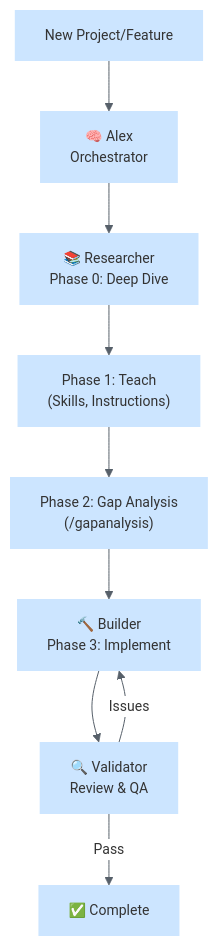
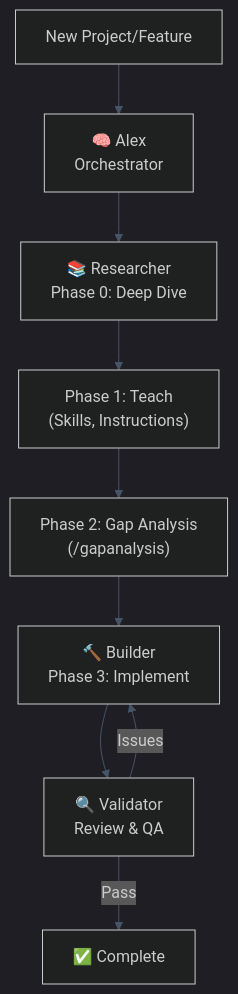
The third of 4 diagrams in alex_docs/architecture/RESEARCH-FIRST-DEVELOPMENT.md (fabioc-aloha/Alex_Plug_In), drawn with Mermaid before and after one commit. The commit also changed other lines of this file and 13 other files, not shown here.

Commit message:
brand(M4.8-4.10): mermaid theme snippet + inject CorreaX theme into arch diagrams + standardize badge colors

````diff
--- a/alex_docs/architecture/RESEARCH-FIRST-DEVELOPMENT.md
+++ b/alex_docs/architecture/RESEARCH-FIRST-DEVELOPMENT.md
@@ -232,33 +190,12 @@
 ```mermaid
-%%{init: {'theme': 'base', 'themeVariables': {
-  'primaryColor': '#cce5ff',
-  'primaryTextColor': '#333',
-  'primaryBorderColor': '#57606a',
-  'lineColor': '#57606a',
-  'secondaryColor': '#e6d5f2',
-  'tertiaryColor': '#c2f0d8',
-  'background': '#ffffff',
-  'mainBkg': '#cce5ff',
-  'secondBkg': '#e6d5f2',
-  'tertiaryBkg': '#c2f0d8',
-  'textColor': '#333',
-  'border1Color': '#57606a',
-  'border2Color': '#57606a',
-  'arrowheadColor': '#57606a',
-  'fontFamily': 'ui-sans-serif, system-ui, sans-serif',
-  'fontSize': '14px',
-  'nodeBorder': '1.5px',
-  'clusterBkg': '#f6f8fa',
-  'clusterBorder': '#d0d7de',
-  'edgeLabelBackground': '#ffffff'
-}}}%%
+%%{init: {'theme': 'dark', 'themeVariables': {'background': '#0f172a', 'primaryColor': '#1e293b', 'primaryTextColor': '#f1f5f9', 'primaryBorderColor': '#818cf8', 'lineColor': '#475569', 'secondaryColor': '#1e293b', 'secondaryBorderColor': '#2dd4bf', 'tertiaryColor': '#1e293b', 'fontFamily': 'Segoe UI, system-ui, sans-serif'}}}%%
 flowchart TD
     START["New Project/Feature"] --> ALEX["🧠 Alex\nOrchestrator"]
     ALEX --> RESEARCH["📚 Researcher\nPhase 0: Deep Dive"]
     RESEARCH --> TEACH["Phase 1: Teach\n(Skills, Instructions)"]
     TEACH --> GAP["Phase 2: Gap Analysis\n(/gapanalysis)"]
     GAP --> BUILD["🔨 Builder\nPhase 3: Implement"]
     BUILD --> VALIDATE["🔍 Validator\nReview & QA"]
     VALIDATE -->|Issues| BUILD
     VALIDATE -->|Pass| DONE["✅ Complete"]
 ```
````
